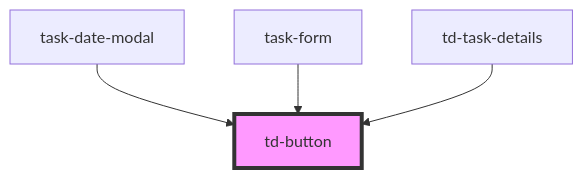
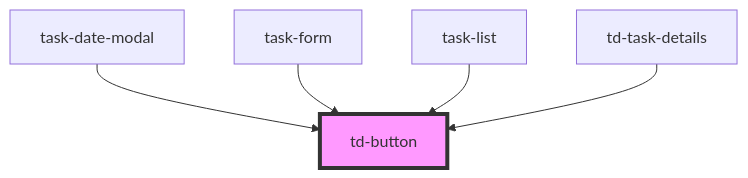
The diagram in libs/ui/src/components/td-button/readme.md (ajarana/to-done), drawn with Mermaid before and after one commit. The commit also changed other lines of this file and 22 other files, not shown here.

````diff
--- a/libs/ui/src/components/td-button/readme.md
+++ b/libs/ui/src/components/td-button/readme.md
@@ -34,7 +35,8 @@
 ```mermaid
 graph TD;
   task-date-modal --> td-button
   task-form --> td-button
+  task-list --> td-button
   td-task-details --> td-button
   style td-button fill:#f9f,stroke:#333,stroke-width:4px
 ```
````
